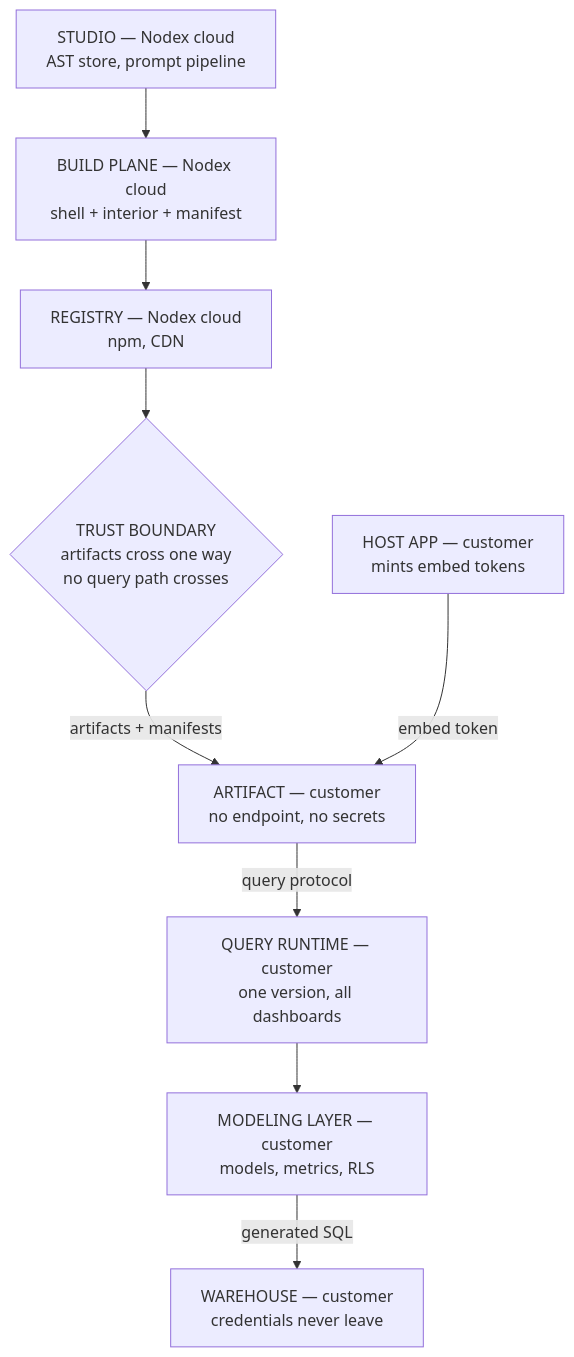
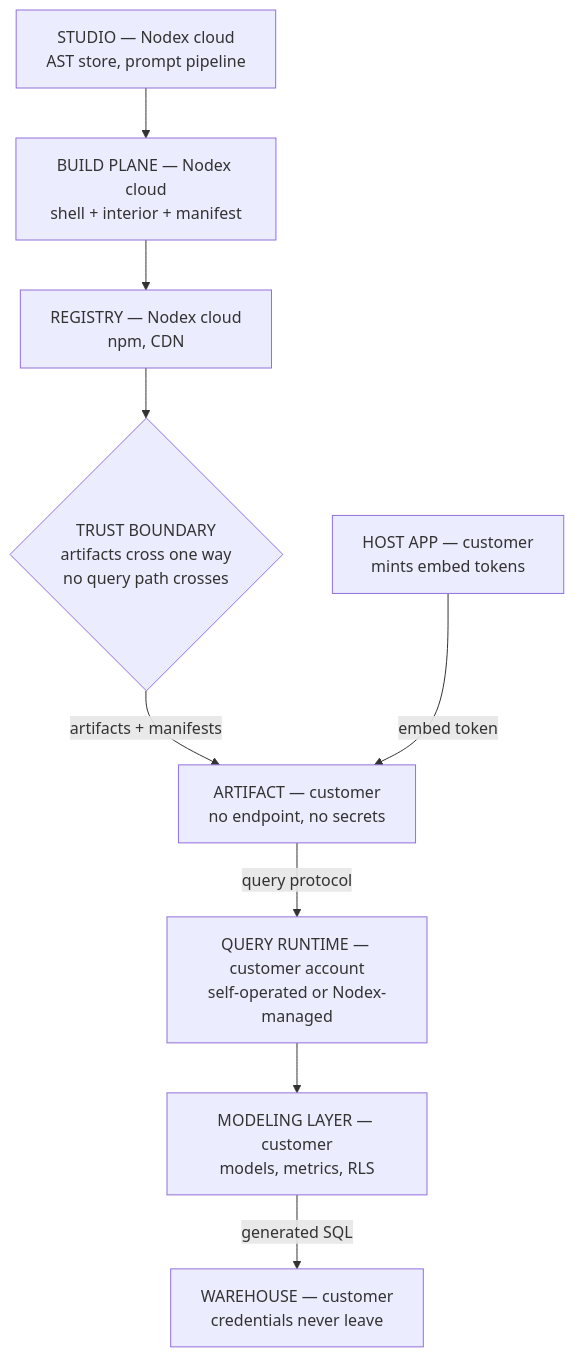
One commit to Nodex-Studio/nodex-website changed the diagram in diagrams/system-context.mmd. Above: the diagram before and after it, drawn with Mermaid. The commit also changed 11 other files, not shown here.

```diff
--- a/diagrams/system-context.mmd
+++ b/diagrams/system-context.mmd
@@ -1,28 +1,28 @@
 graph TD
   studio["STUDIO — Nodex cloud
 AST store, prompt pipeline"]
   build["BUILD PLANE — Nodex cloud
 shell + interior + manifest"]
   reg["REGISTRY — Nodex cloud
 npm, CDN"]
   boundary{"TRUST BOUNDARY
 artifacts cross one way
 no query path crosses"}
   art["ARTIFACT — customer
 no endpoint, no secrets"]
   host["HOST APP — customer
 mints embed tokens"]
-  rt["QUERY RUNTIME — customer
-one version, all dashboards"]
+  rt["QUERY RUNTIME — customer account
+self-operated or Nodex-managed"]
   model["MODELING LAYER — customer
 models, metrics, RLS"]
   wh["WAREHOUSE — customer
 credentials never leave"]
   studio --> build
   build --> reg
   reg --> boundary
   boundary -- "artifacts + manifests" --> art
   host -- "embed token" --> art
   art -- "query protocol" --> rt
   rt --> model
   model -- "generated SQL" --> wh
```
